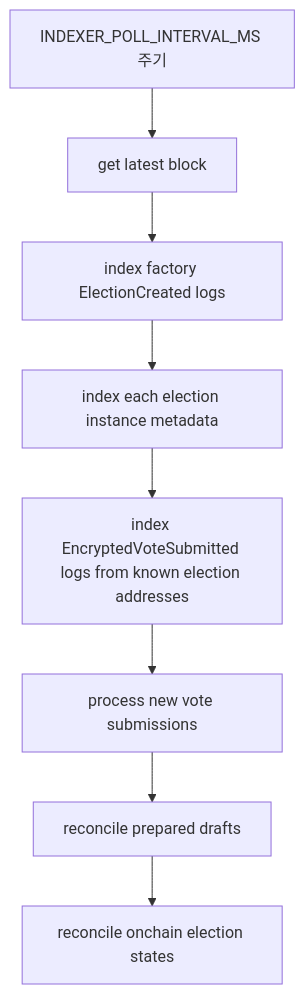
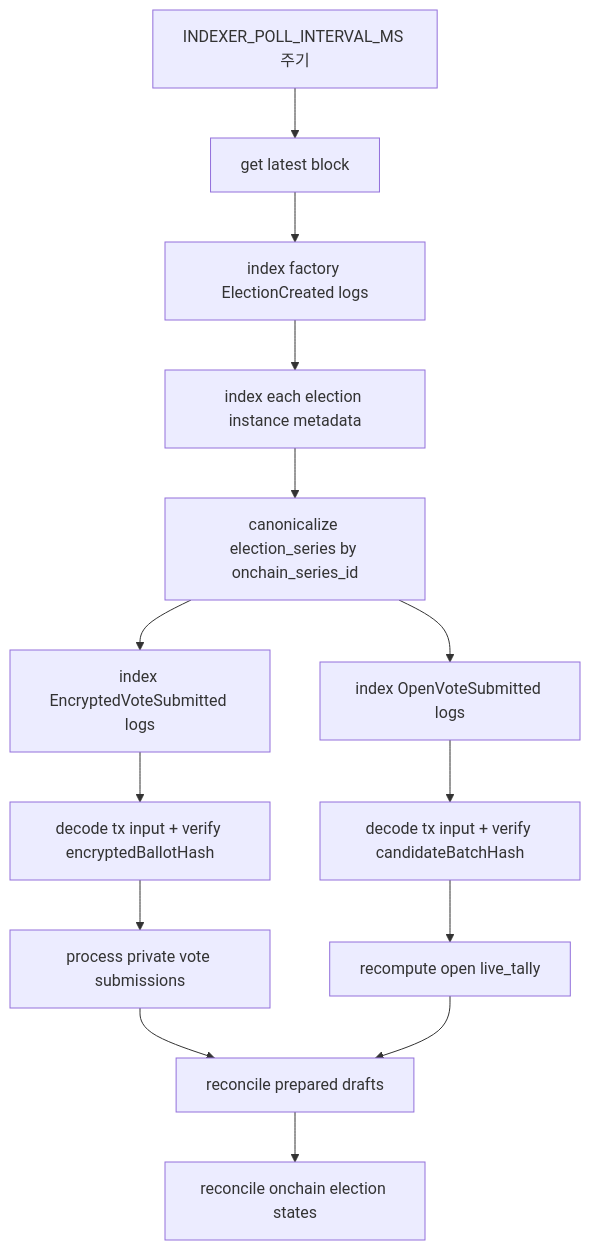
Before and after one commit to VESTAr-BAY/vestar-backend: the ninth of 9 diagrams in README.md, drawn with Mermaid. The commit also changed other lines of this file and 8 other files, not shown here.

Commit message:
refactor: align backend schema and indexer with current contract flow

````diff
--- a/README.md
+++ b/README.md
@@ -276,10 +297,16 @@
 ```mermaid
 flowchart TD
   A[INDEXER_POLL_INTERVAL_MS 주기] --> B[get latest block]
   B --> C[index factory ElectionCreated logs]
   C --> D[index each election instance metadata]
-  D --> E[index EncryptedVoteSubmitted logs from known election addresses]
-  E --> F[process new vote submissions]
-  F --> G[reconcile prepared drafts]
-  G --> H[reconcile onchain election states]
+  D --> E[canonicalize election_series by onchain_series_id]
+  E --> F[index EncryptedVoteSubmitted logs]
+  E --> G[index OpenVoteSubmitted logs]
+  F --> H[decode tx input + verify encryptedBallotHash]
+  G --> I[decode tx input + verify candidateBatchHash]
+  H --> J[process private vote submissions]
+  I --> K[recompute open live_tally]
+  J --> L[reconcile prepared drafts]
+  K --> L
+  L --> M[reconcile onchain election states]
 ```
````
